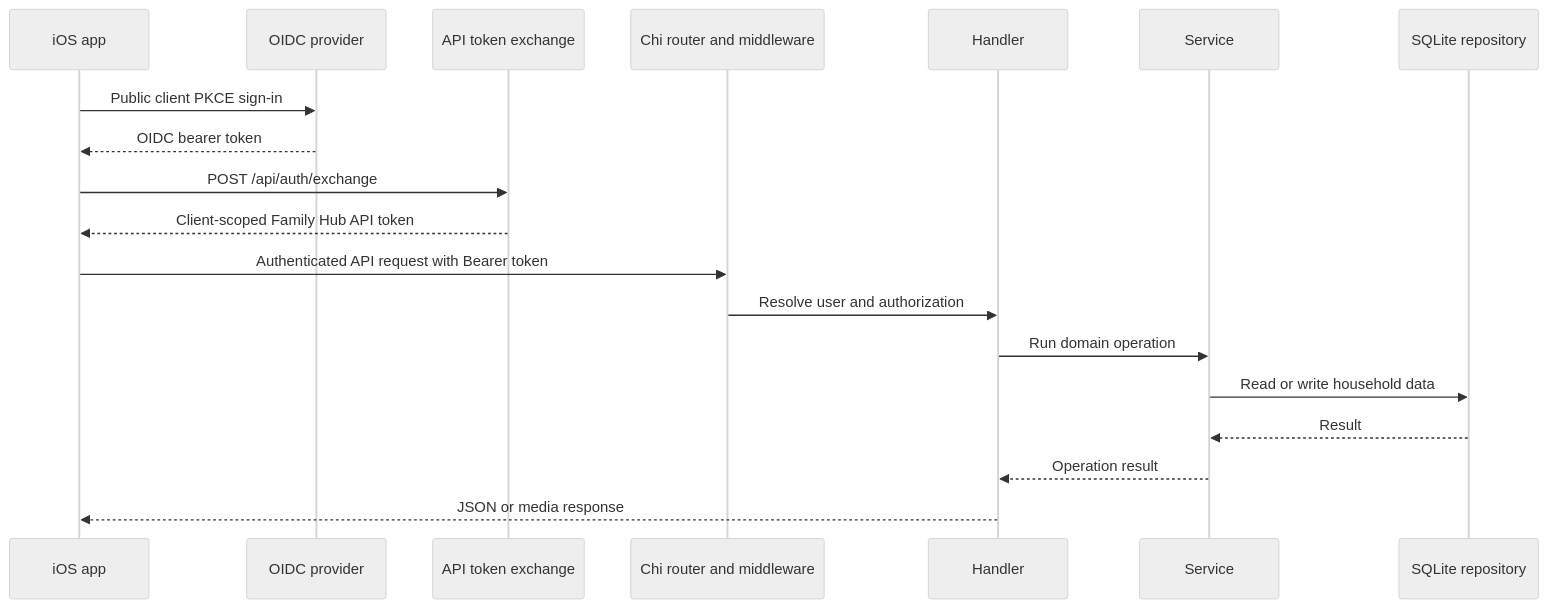
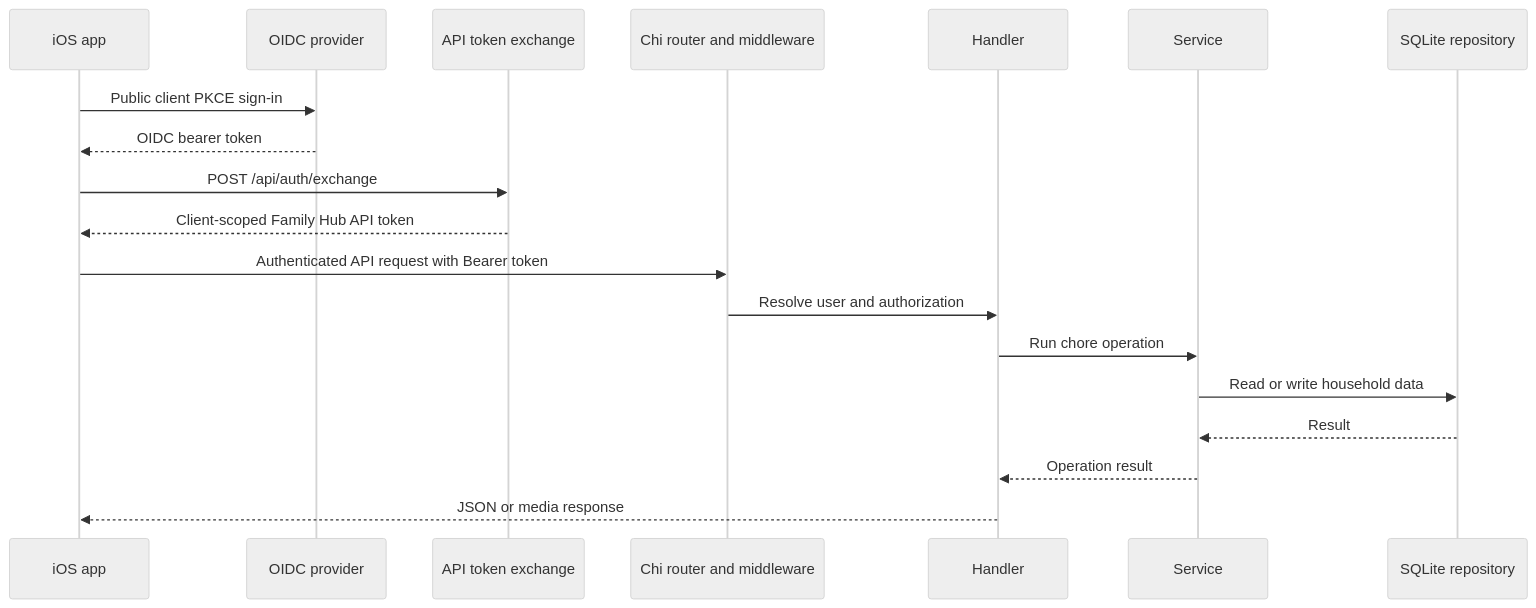
Before and after one commit to BenSuskins/family-hub: the second of 2 diagrams in docs/ARCHITECTURE.md, drawn with Mermaid (neutral theme). The commit also changed other lines of this file and 32 other files, not shown here.

````diff
--- a/docs/ARCHITECTURE.md
+++ b/docs/ARCHITECTURE.md
@@ -38,21 +57,21 @@
 ```mermaid
 sequenceDiagram
     participant C as iOS app
     participant O as OIDC provider
     participant X as API token exchange
     participant R as Chi router and middleware
     participant H as Handler
     participant S as Service
     participant D as SQLite repository
     C->>O: Public client PKCE sign-in
     O-->>C: OIDC bearer token
     C->>X: POST /api/auth/exchange
     X-->>C: Client-scoped Family Hub API token
     C->>R: Authenticated API request with Bearer token
     R->>H: Resolve user and authorization
-    H->>S: Run domain operation
+    H->>S: Run chore operation
     S->>D: Read or write household data
     D-->>S: Result
     S-->>H: Operation result
     H-->>C: JSON or media response
 ```
````
